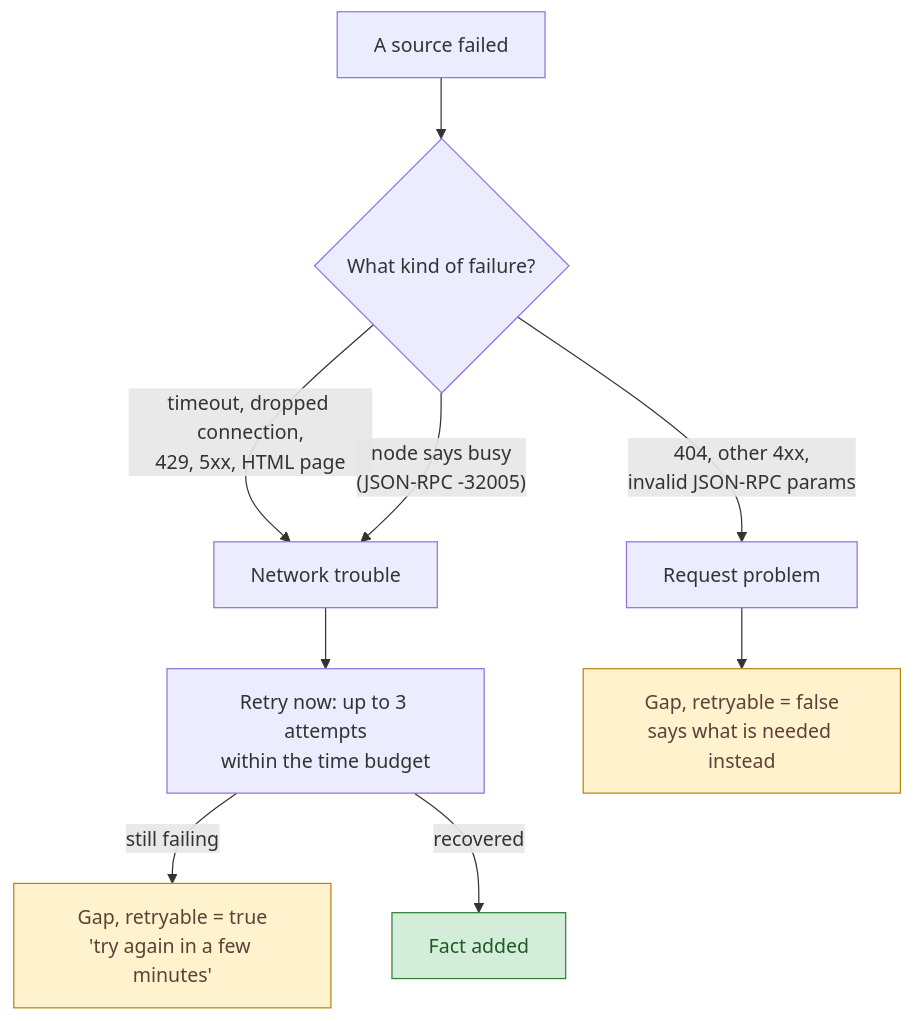
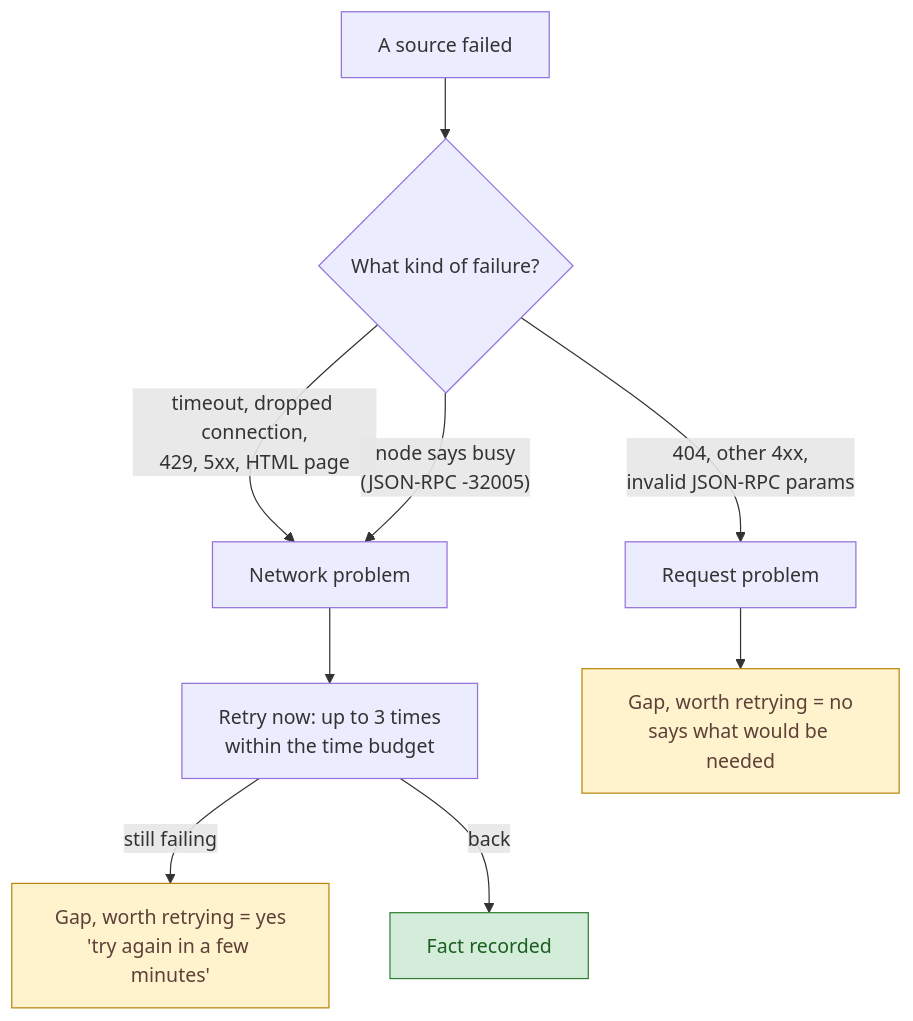
The eighth of 9 diagrams in docs/ARCHITECTURE.md (Ebaoj/anychain), drawn with Mermaid before and after one commit. The commit also changed other lines of this file and 7 other files, not shown here.

Commit message:
Acceptance fix: Gnosis blob fees (chain_type ethereum) and a guard against a partial fee shown as total (D54); English architecture doc for the end of Phase 3

````diff
--- a/docs/ARCHITECTURE.md
+++ b/docs/ARCHITECTURE.md
@@ -201,16 +301,16 @@
 ```mermaid
 flowchart TD
     F["A source failed"] --> Q1{"What kind of failure?"}
-    Q1 -->|"timeout, dropped connection,<br/>429, 5xx, HTML page"| N["Network trouble"]
+    Q1 -->|"timeout, dropped connection,<br/>429, 5xx, HTML page"| N["Network problem"]
     Q1 -->|"404, other 4xx,<br/>invalid JSON-RPC params"| RQ["Request problem"]
     Q1 -->|"node says busy<br/>(JSON-RPC -32005)"| N
-    N --> RT["Retry now: up to 3 attempts<br/>within the time budget"]
-    RT -->|still failing| G1["Gap, retryable = true<br/>'try again in a few minutes'"]
-    RT -->|recovered| OK["Fact added"]
-    RQ --> G2["Gap, retryable = false<br/>says what is needed instead"]
+    N --> RT["Retry now: up to 3 times<br/>within the time budget"]
+    RT -->|still failing| G1["Gap, worth retrying = yes<br/>'try again in a few minutes'"]
+    RT -->|back| OK["Fact recorded"]
+    RQ --> G2["Gap, worth retrying = no<br/>says what would be needed"]
 
     classDef gap fill:#fff3cd,stroke:#b8860b,color:#5d4037
     classDef ok fill:#d4edda,stroke:#2e7d32,color:#1b5e20
     class G1,G2 gap
     class OK ok
 ```
````
